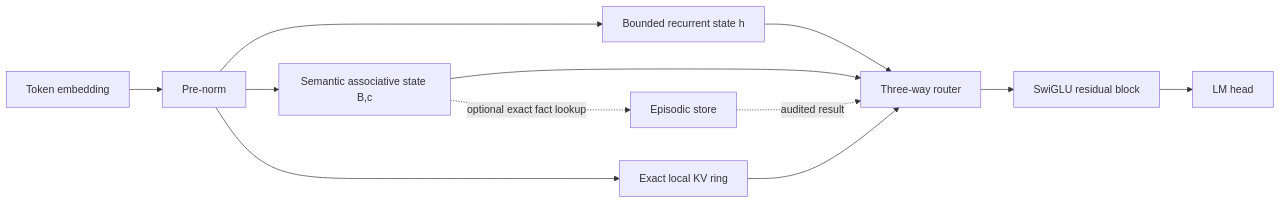
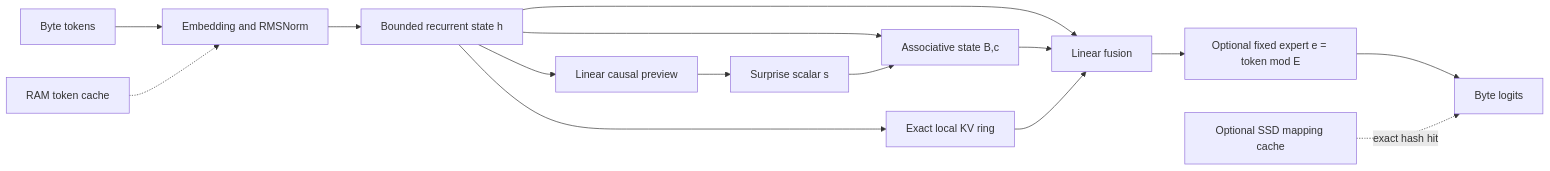
One commit to Koemi-AI/Koemi-1FPA changed the diagram in docs/KOEMI_ARCHITECTURE.md. Above: the diagram before and after it, drawn with Mermaid. The commit also changed other lines of this file and 32 other files, not shown here.

Commit message:
feat: migrate Koemi to OBOV KSM architecture

````diff
--- a/docs/KOEMI_ARCHITECTURE.md
+++ b/docs/KOEMI_ARCHITECTURE.md
@@ -181,14 +30,17 @@
 ```mermaid
 flowchart LR
-    E[Token embedding] --> N[Pre-norm]
-    N --> H[Bounded recurrent state h]
-    N --> A[Semantic associative state B,c]
-    N --> L[Exact local KV ring]
-    H --> R[Three-way router]
-    A --> R
-    L --> R
-    R --> F[SwiGLU residual block]
-    F --> O[LM head]
-    A -. optional exact fact lookup .-> X[Episodic store]
-    X -. audited result .-> R
+    Input[Byte tokens] --> Embed[Embedding and RMSNorm]
+    Warm[RAM token cache] -.-> Embed
+    Embed --> H[Bounded recurrent state h]
+    H --> Preview[Linear causal preview]
+    Preview --> S[Surprise scalar s]
+    H --> M[Associative state B,c]
+    S --> M
+    H --> L[Exact local KV ring]
+    H --> Fuse[Linear fusion]
+    M --> Fuse
+    L --> Fuse
+    Fuse --> E[Optional fixed expert e = token mod E]
+    E --> Head[Byte logits]
+    Disk[Optional SSD mapping cache] -. exact hash hit .-> Head
 ```
````
